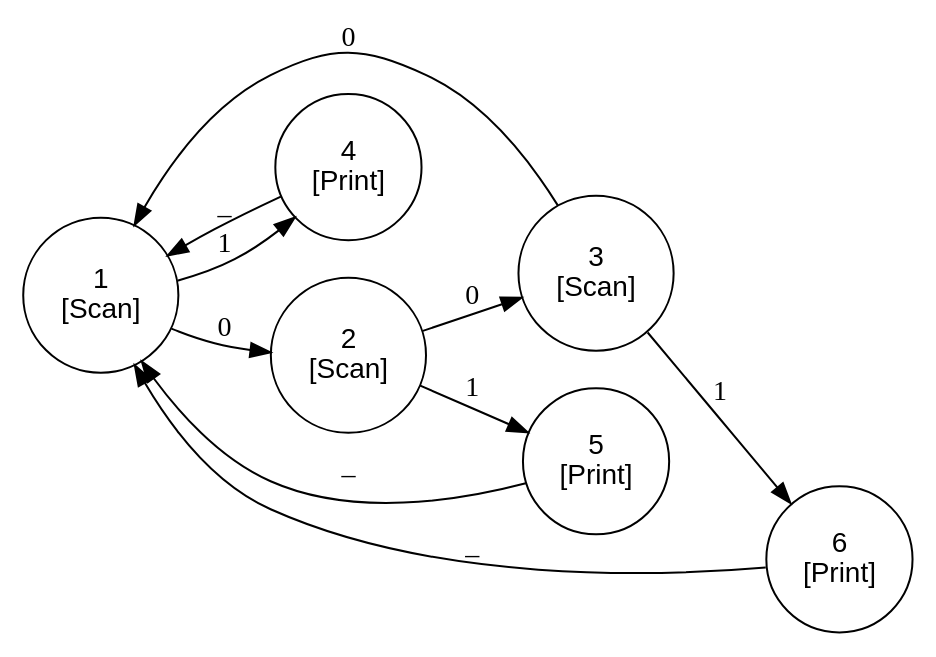
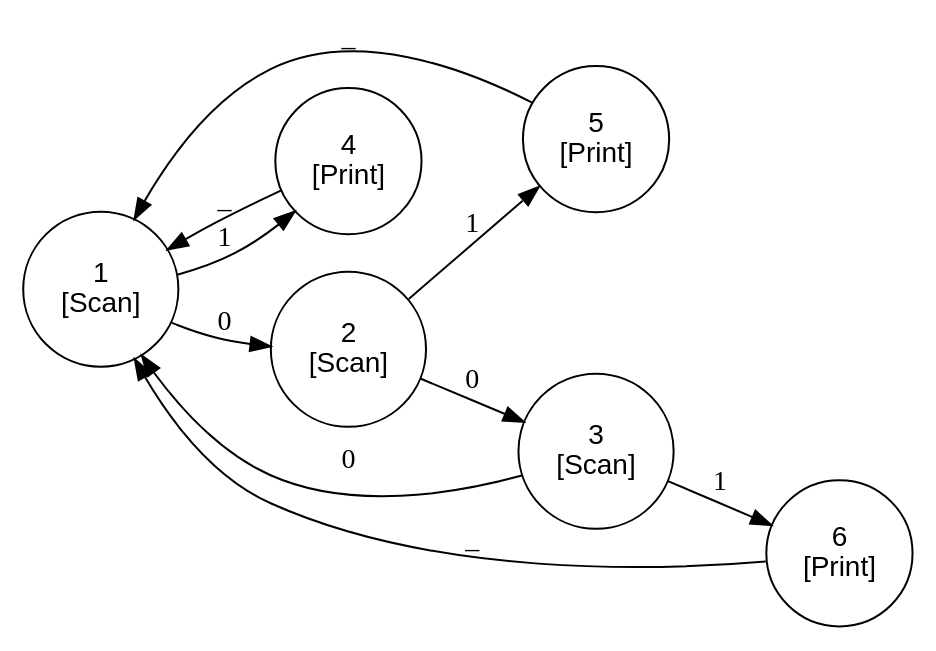
One commit to kokobabe99/turing_point changed the diagram in dots/trans.dot. Above: the diagram before and after it, drawn with Graphviz. The commit also changed other lines of this file and 4 other files, not shown here.

```diff
--- a/dots/trans.dot
+++ b/dots/trans.dot
@@ -1,18 +1,18 @@
 digraph FSM {
   rankdir=LR; node [shape=circle, fontname="Arial"];
   1 [label="1\n[Scan]", shape=circle];
   1 -> 2 [label="0"];
   1 -> 4 [label="1"];
   2 [label="2\n[Scan]", shape=circle];
+  2 -> 3 [label="0"];
   2 -> 5 [label="1"];
-  2 -> 3 [label="0"];
   3 [label="3\n[Scan]", shape=circle];
+  3 -> 6 [label="1"];
   3 -> 1 [label="0"];
-  3 -> 6 [label="1"];
   4 [label="4\n[Print]", shape=circle];
   4 -> 1 [label="_"];
   5 [label="5\n[Print]", shape=circle];
   5 -> 1 [label="_"];
   6 [label="6\n[Print]", shape=circle];
   6 -> 1 [label="_"];
 }
```
